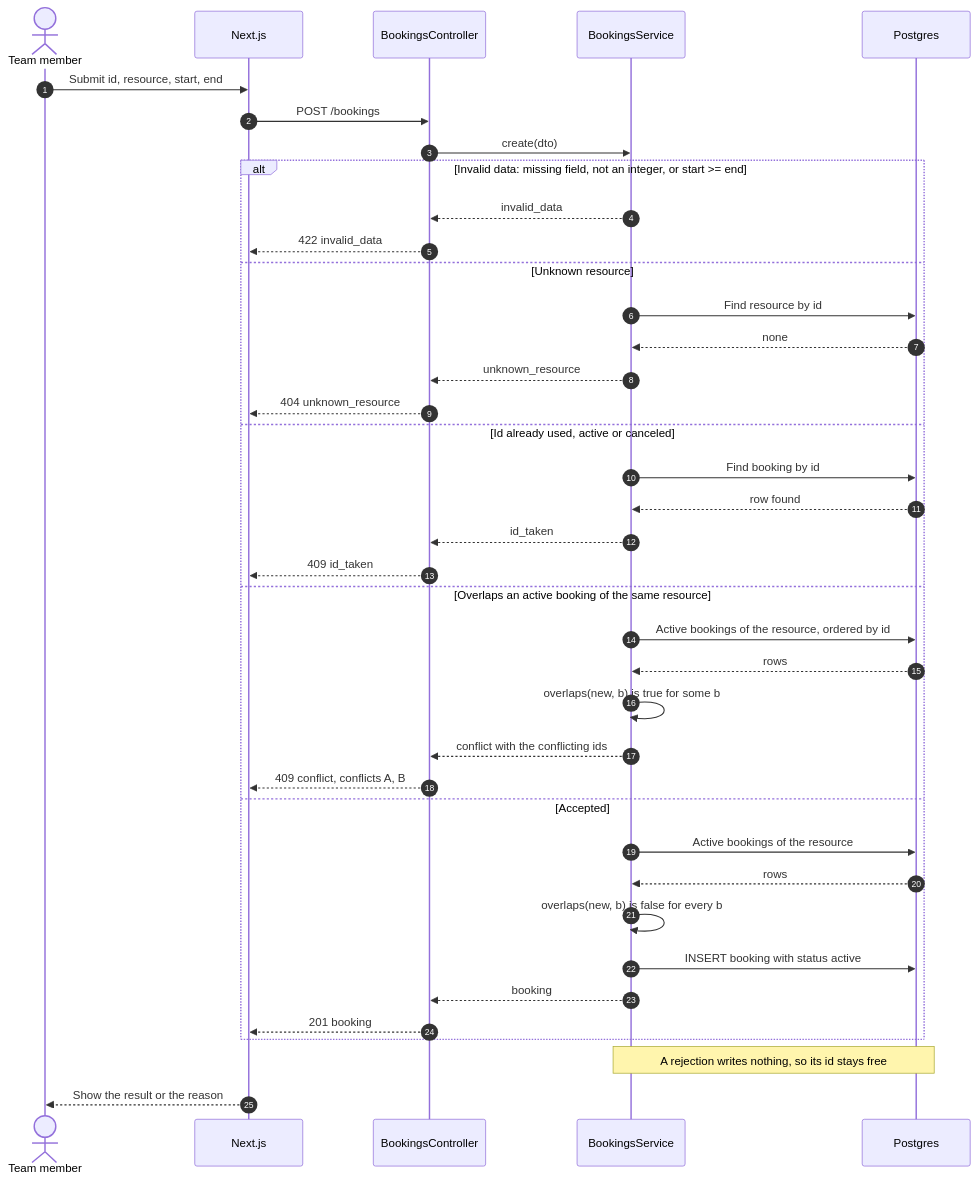
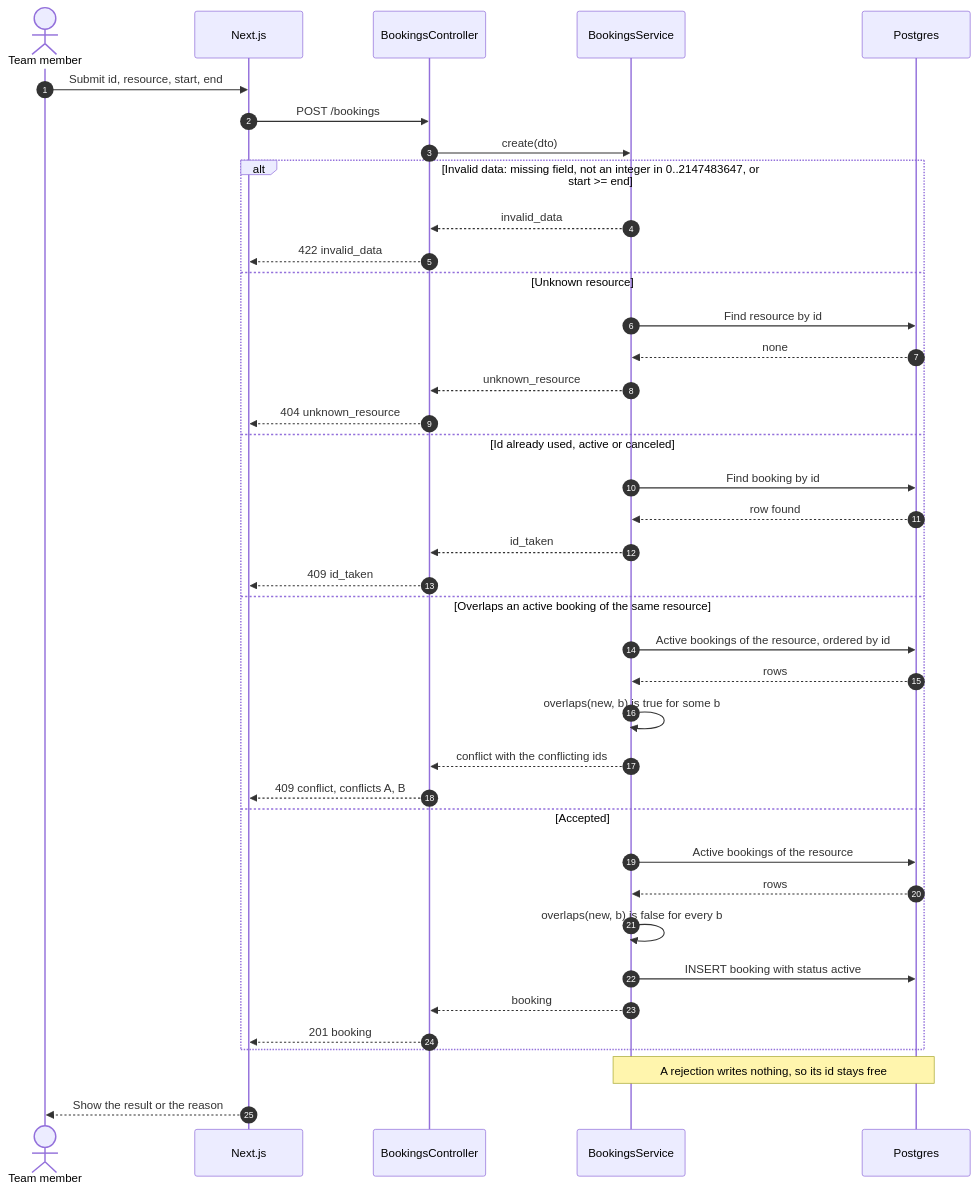
One commit to fredsvanelli/alvorada-test-02 changed the fifth of 7 diagrams in docs/diagrams/architecture.md. Above: the diagram before and after it, drawn with Mermaid. The commit also changed other lines of this file, not shown here.

Commit message:
docs: name the 0..2147483647 range in the invalid_data flow labels (SCH-5)

````diff
--- a/docs/diagrams/architecture.md
+++ b/docs/diagrams/architecture.md
@@ -123,44 +123,44 @@
 ```mermaid
 sequenceDiagram
   autonumber
   actor U as Team member
   participant W as Next.js
   participant C as BookingsController
   participant S as BookingsService
   participant DB as Postgres
 
   U->>W: Submit id, resource, start, end
   W->>C: POST /bookings
   C->>S: create(dto)
 
-  alt Invalid data: missing field, not an integer, or start >= end
+  alt Invalid data: missing field, not an integer in 0..2147483647, or start >= end
     S-->>C: invalid_data
     C-->>W: 422 invalid_data
   else Unknown resource
     S->>DB: Find resource by id
     DB-->>S: none
     S-->>C: unknown_resource
     C-->>W: 404 unknown_resource
   else Id already used, active or canceled
     S->>DB: Find booking by id
     DB-->>S: row found
     S-->>C: id_taken
     C-->>W: 409 id_taken
   else Overlaps an active booking of the same resource
     S->>DB: Active bookings of the resource, ordered by id
     DB-->>S: rows
     S->>S: overlaps(new, b) is true for some b
     S-->>C: conflict with the conflicting ids
     C-->>W: 409 conflict, conflicts A, B
   else Accepted
     S->>DB: Active bookings of the resource
     DB-->>S: rows
     S->>S: overlaps(new, b) is false for every b
     S->>DB: INSERT booking with status active
     S-->>C: booking
     C-->>W: 201 booking
   end
 
   Note over S,DB: A rejection writes nothing, so its id stays free
   W-->>U: Show the result or the reason
 ```
````
